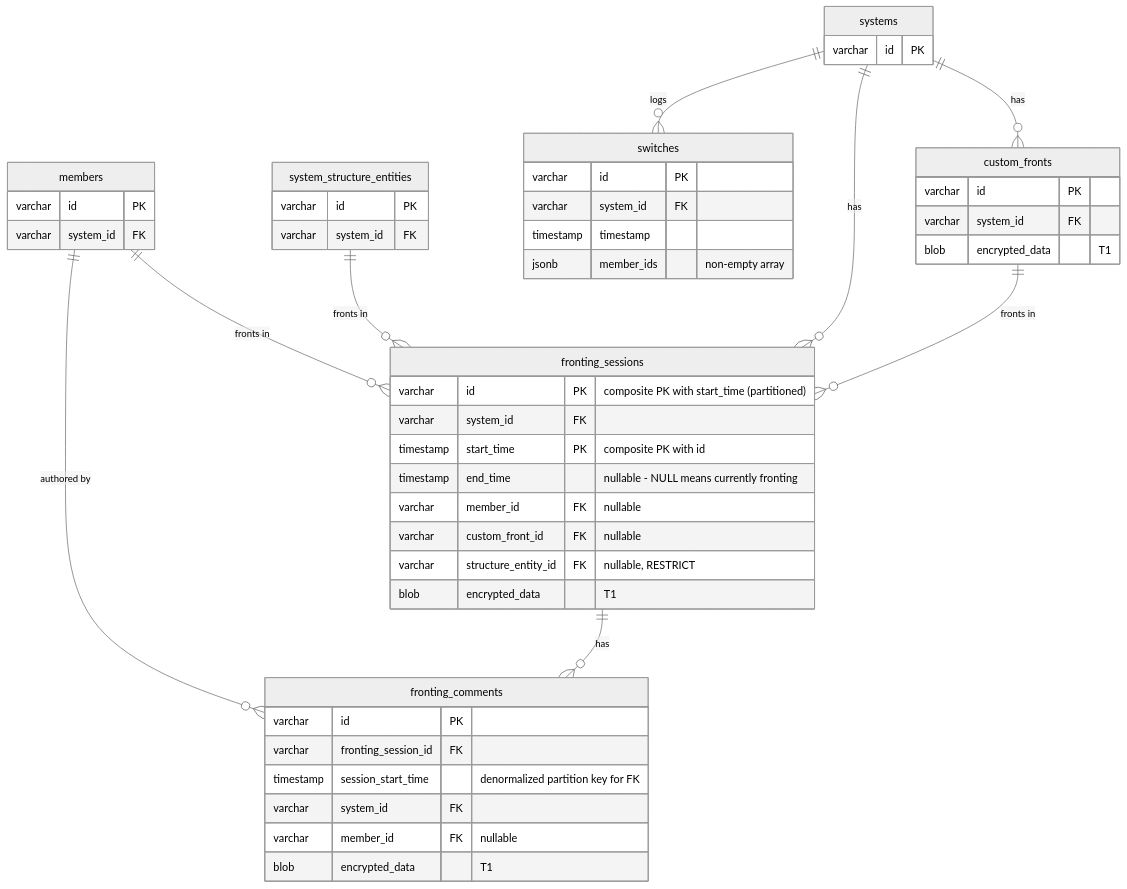
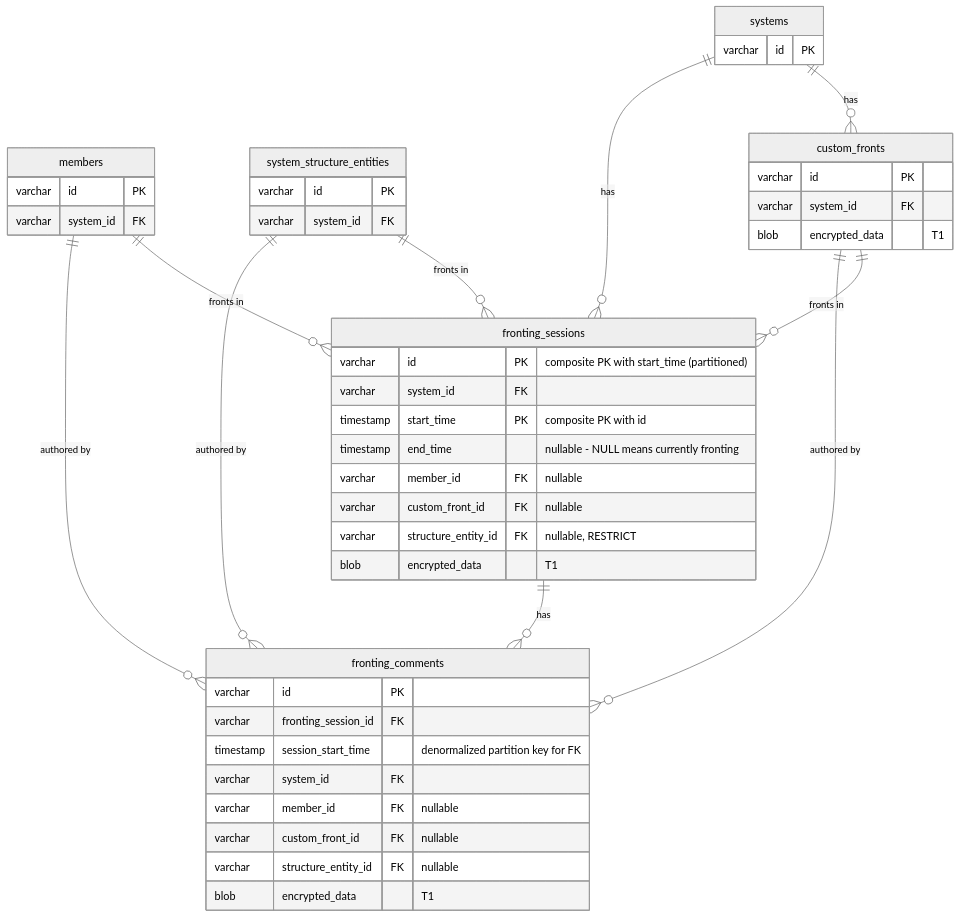
Before and after one commit to ThePrismSystem/pluralscape-mono: the sixth of 22 diagrams in docs/database-schema.md, drawn with Mermaid (neutral theme). The commit also changed other lines of this file and 22 other files, not shown here.

````diff
--- a/docs/database-schema.md
+++ b/docs/database-schema.md
@@ -380,58 +363,54 @@
 ```mermaid
 erDiagram
     systems {
         varchar id PK
     }
 
     members {
         varchar id PK
         varchar system_id FK
     }
 
     system_structure_entities {
         varchar id PK
         varchar system_id FK
     }
 
     custom_fronts {
         varchar id PK
         varchar system_id FK
         blob encrypted_data "T1"
     }
 
     fronting_sessions {
         varchar id PK "composite PK with start_time (partitioned)"
         varchar system_id FK
         timestamp start_time PK "composite PK with id"
         timestamp end_time "nullable - NULL means currently fronting"
         varchar member_id FK "nullable"
         varchar custom_front_id FK "nullable"
         varchar structure_entity_id FK "nullable, RESTRICT"
         blob encrypted_data "T1"
     }
 
-    switches {
-        varchar id PK
-        varchar system_id FK
-        timestamp timestamp
-        jsonb member_ids "non-empty array"
-    }
-
     fronting_comments {
         varchar id PK
         varchar fronting_session_id FK
         timestamp session_start_time "denormalized partition key for FK"
         varchar system_id FK
         varchar member_id FK "nullable"
+        varchar custom_front_id FK "nullable"
+        varchar structure_entity_id FK "nullable"
         blob encrypted_data "T1"
     }
 
     systems ||--o{ custom_fronts : "has"
     systems ||--o{ fronting_sessions : "has"
     members ||--o{ fronting_sessions : "fronts in"
     custom_fronts ||--o{ fronting_sessions : "fronts in"
     system_structure_entities ||--o{ fronting_sessions : "fronts in"
-    systems ||--o{ switches : "logs"
     fronting_sessions ||--o{ fronting_comments : "has"
     members ||--o{ fronting_comments : "authored by"
+    custom_fronts ||--o{ fronting_comments : "authored by"
+    system_structure_entities ||--o{ fronting_comments : "authored by"
 ```
````
